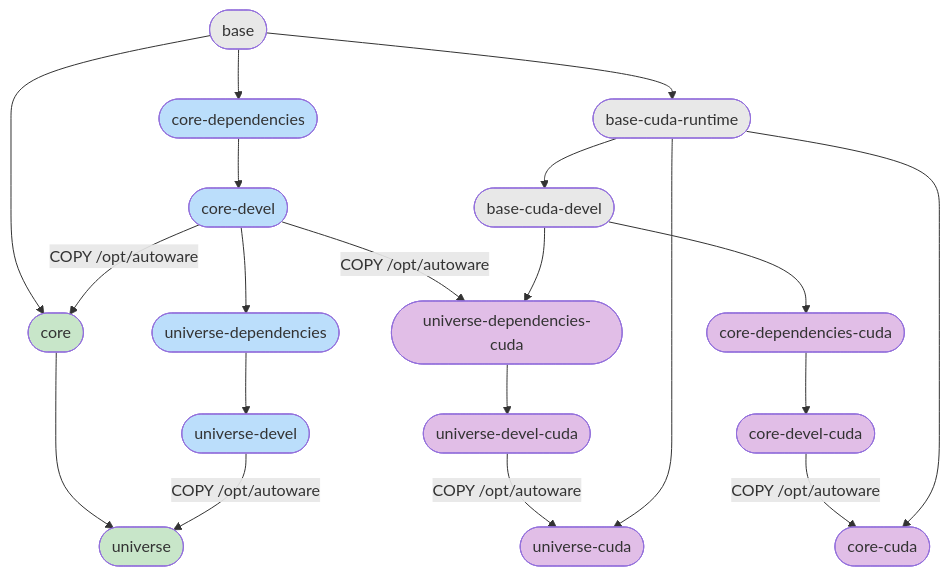
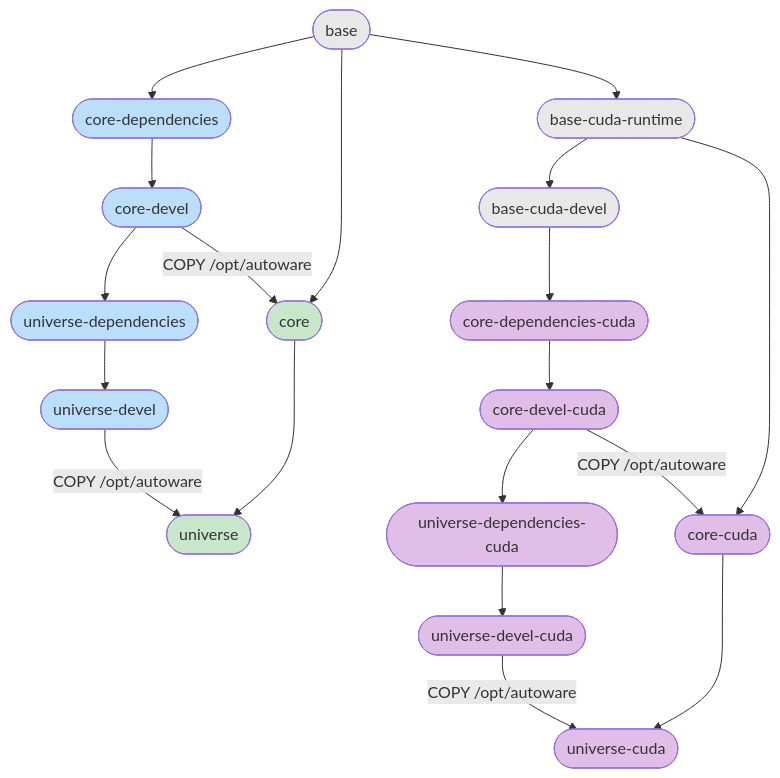
The diagram in docker/README.md (autowarefoundation/autoware), drawn with Mermaid before and after one commit. The commit also changed other lines of this file and 4 other files, not shown here.

First line of the commit message:
refactor(docker): build the universe CUDA images on the core CUDA images (#7386)

````diff
--- a/docker/README.md
+++ b/docker/README.md
@@ -7,27 +7,27 @@
 ```mermaid
 graph TB
     base(["base"]) --> core-dependencies(["core-dependencies"]) & core(["core"]) & base-cuda-runtime(["base-cuda-runtime"])
     core-dependencies --> core-devel(["core-devel"])
     core-devel --> universe-dependencies(["universe-dependencies"])
     universe-dependencies --> universe-devel(["universe-devel"])
     universe-dependencies-cuda(["universe-dependencies-cuda"]) --> universe-devel-cuda(["universe-devel-cuda"])
     core-devel -- " COPY /opt/autoware " --> core
     core --> universe(["universe"])
     universe-devel -- " COPY /opt/autoware " --> universe
     universe-devel-cuda -- " COPY /opt/autoware " --> universe-cuda(["universe-cuda"])
-    core-devel -- " COPY /opt/autoware " --> universe-dependencies-cuda
-    base-cuda-devel(["base-cuda-devel"]) --> universe-dependencies-cuda
-    base-cuda-runtime --> universe-cuda & base-cuda-devel
+    core-devel-cuda --> universe-dependencies-cuda
+    core-cuda --> universe-cuda
+    base-cuda-runtime --> base-cuda-devel(["base-cuda-devel"])
     base-cuda-devel --> core-dependencies-cuda(["core-dependencies-cuda"])
     core-dependencies-cuda --> core-devel-cuda(["core-devel-cuda"])
     core-devel-cuda -- " COPY /opt/autoware " --> core-cuda(["core-cuda"])
     base-cuda-runtime --> core-cuda
     classDef base fill: #e8e8e8, color: #333
     classDef devel fill: #bbdefb, color: #333
     classDef runtime fill: #c8e6c9, color: #333
     classDef cuda fill: #e1bee7, color: #333
     class base,base-cuda-runtime,base-cuda-devel base
     class core-dependencies,core-devel,universe-dependencies,universe-devel devel
     class core,universe runtime
     class core-dependencies-cuda,core-devel-cuda,core-cuda,universe-dependencies-cuda,universe-devel-cuda,universe-cuda cuda
 ```
````
